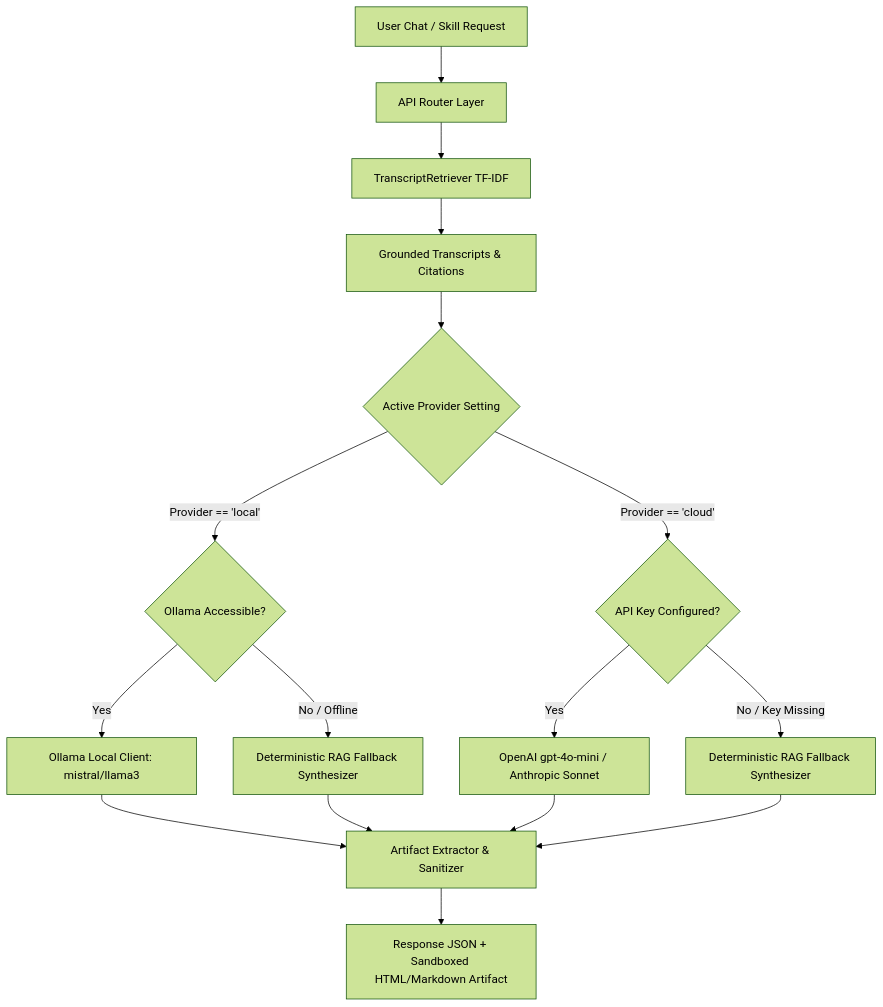
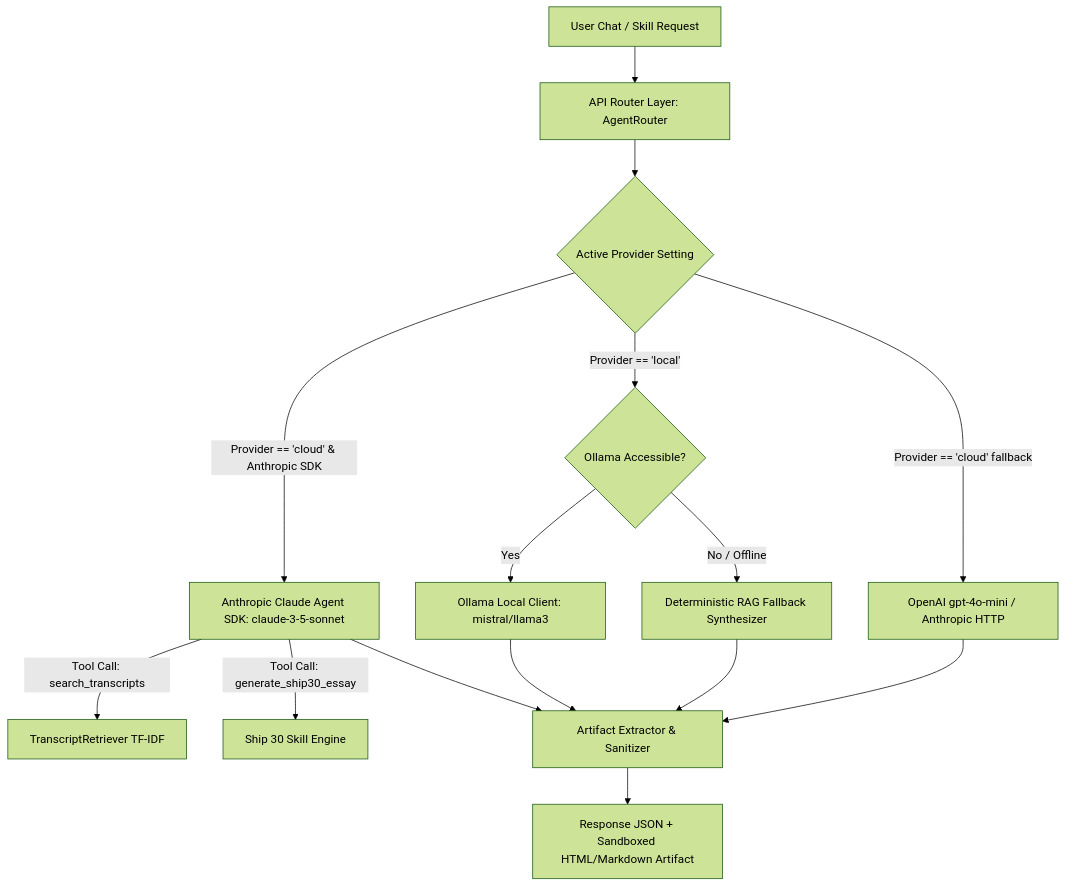
One commit to saransid23/Oogway-The-Lenny-Growth-Assistant.- changed the diagram in architecture.md. Above: the diagram before and after it, drawn with Mermaid (forest theme). The commit also changed other lines of this file and 7 other files, not shown here.

Commit message:
Integrate Anthropic Claude Agent SDK and update agent routing layer

````diff
--- a/architecture.md
+++ b/architecture.md
@@ -109,23 +109,22 @@
 ```mermaid
 flowchart TD
-    UserQuery[User Chat / Skill Request] --> Router[API Router Layer]
-    Router --> KBRetriever[TranscriptRetriever TF-IDF]
-    KBRetriever --> RAGContext[Grounded Transcripts & Citations]
+    UserQuery[User Chat / Skill Request] --> Router[API Router Layer: AgentRouter]
+    Router --> ModelToggle{Active Provider Setting}
     
-    RAGContext --> ModelToggle{Active Provider Setting}
+    ModelToggle -->|Provider == 'cloud' & Anthropic SDK| ClaudeAgent[Anthropic Claude Agent SDK: claude-3-5-sonnet]
+    ClaudeAgent -->|Tool Call: search_transcripts| KBRetriever[TranscriptRetriever TF-IDF]
+    ClaudeAgent -->|Tool Call: generate_ship30_essay| Ship30Skill[Ship 30 Skill Engine]
     
     ModelToggle -->|Provider == 'local'| OllamaCheck{Ollama Accessible?}
     OllamaCheck -->|Yes| OllamaExec[Ollama Local Client: mistral/llama3]
     OllamaCheck -->|No / Offline| Fallback1[Deterministic RAG Fallback Synthesizer]
     
-    ModelToggle -->|Provider == 'cloud'| CloudCheck{API Key Configured?}
-    CloudCheck -->|Yes| CloudExec[OpenAI gpt-4o-mini / Anthropic Sonnet]
-    CloudCheck -->|No / Key Missing| Fallback2[Deterministic RAG Fallback Synthesizer]
+    ModelToggle -->|Provider == 'cloud' fallback| CloudExec[OpenAI gpt-4o-mini / Anthropic HTTP]
     
     OllamaExec --> ArtifactExtractor[Artifact Extractor & Sanitizer]
+    ClaudeAgent --> ArtifactExtractor
     CloudExec --> ArtifactExtractor
     Fallback1 --> ArtifactExtractor
-    Fallback2 --> ArtifactExtractor
     
     ArtifactExtractor --> Response[Response JSON + Sandboxed HTML/Markdown Artifact]
 ```
````
